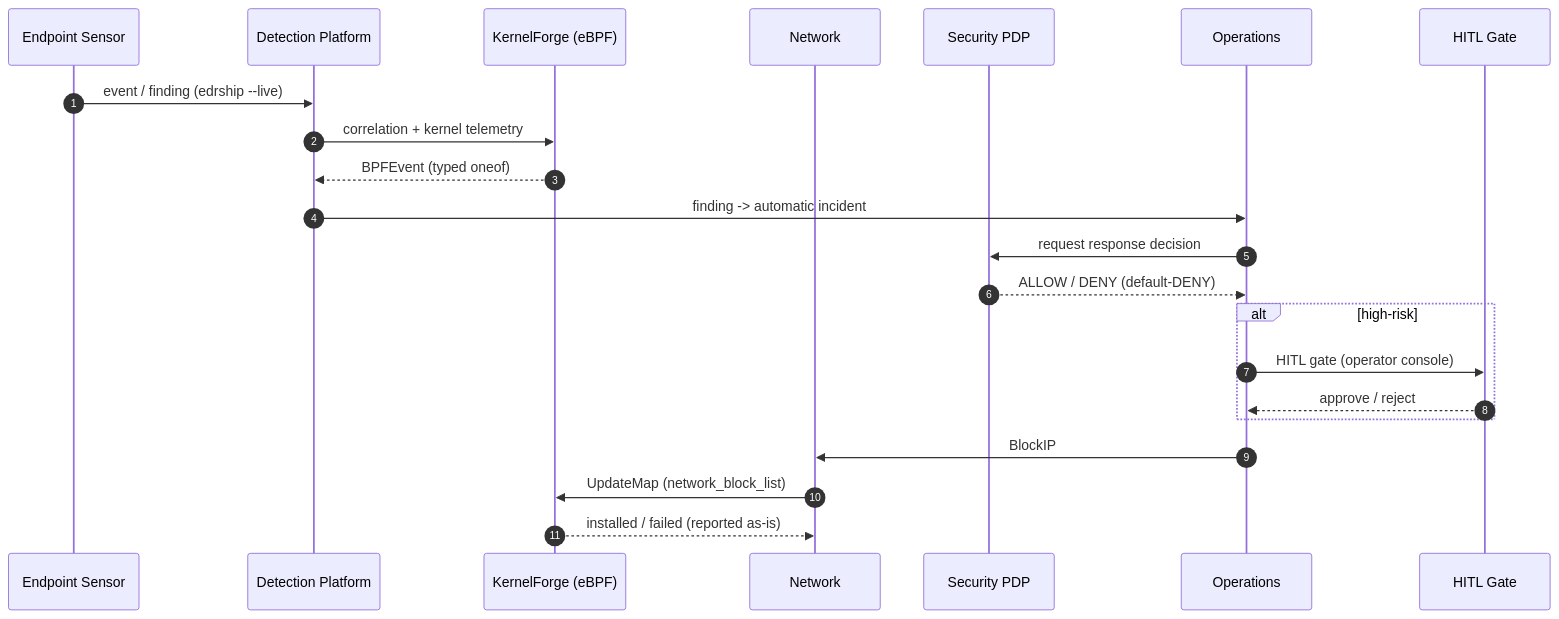
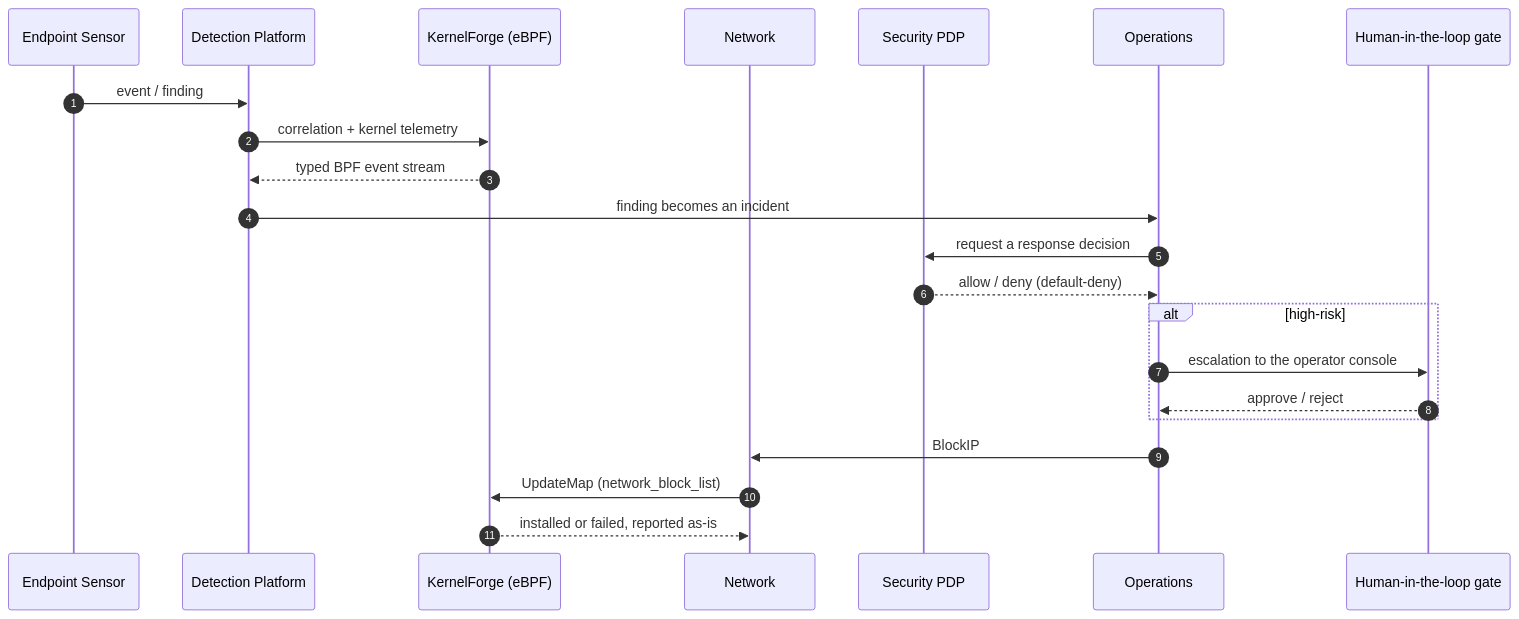
Before and after one commit to renaldyhidayatt/renaldyhidayatt.github.io: the sixth of 7 diagrams in src/content/portfolio/pieroloka-golang.mdx, drawn with Mermaid. The commit also changed other lines of this file and 2 other files, not shown here.

````diff
--- a/src/content/portfolio/pieroloka-golang.mdx
+++ b/src/content/portfolio/pieroloka-golang.mdx
@@ -366,25 +298,25 @@
 ```mermaid
 sequenceDiagram
     autonumber
     participant EDR as Endpoint Sensor
     participant DET as Detection Platform
     participant KF as KernelForge (eBPF)
     participant NET as Network
     participant PDP as Security PDP
     participant OPS as Operations
-    participant HITL as HITL Gate
+    participant HITL as Human-in-the-loop gate
 
-    EDR->>DET: event / finding (edrship --live)
+    EDR->>DET: event / finding
     DET->>KF: correlation + kernel telemetry
-    KF-->>DET: BPFEvent (typed oneof)
-    DET->>OPS: finding -> automatic incident
-    OPS->>PDP: request response decision
-    PDP-->>OPS: ALLOW / DENY (default-DENY)
+    KF-->>DET: typed BPF event stream
+    DET->>OPS: finding becomes an incident
+    OPS->>PDP: request a response decision
+    PDP-->>OPS: allow / deny (default-deny)
     alt high-risk
-        OPS->>HITL: HITL gate (operator console)
+        OPS->>HITL: escalation to the operator console
         HITL-->>OPS: approve / reject
     end
     OPS->>NET: BlockIP
     NET->>KF: UpdateMap (network_block_list)
-    KF-->>NET: installed / failed (reported as-is)
+    KF-->>NET: installed or failed, reported as-is
 ```
````
